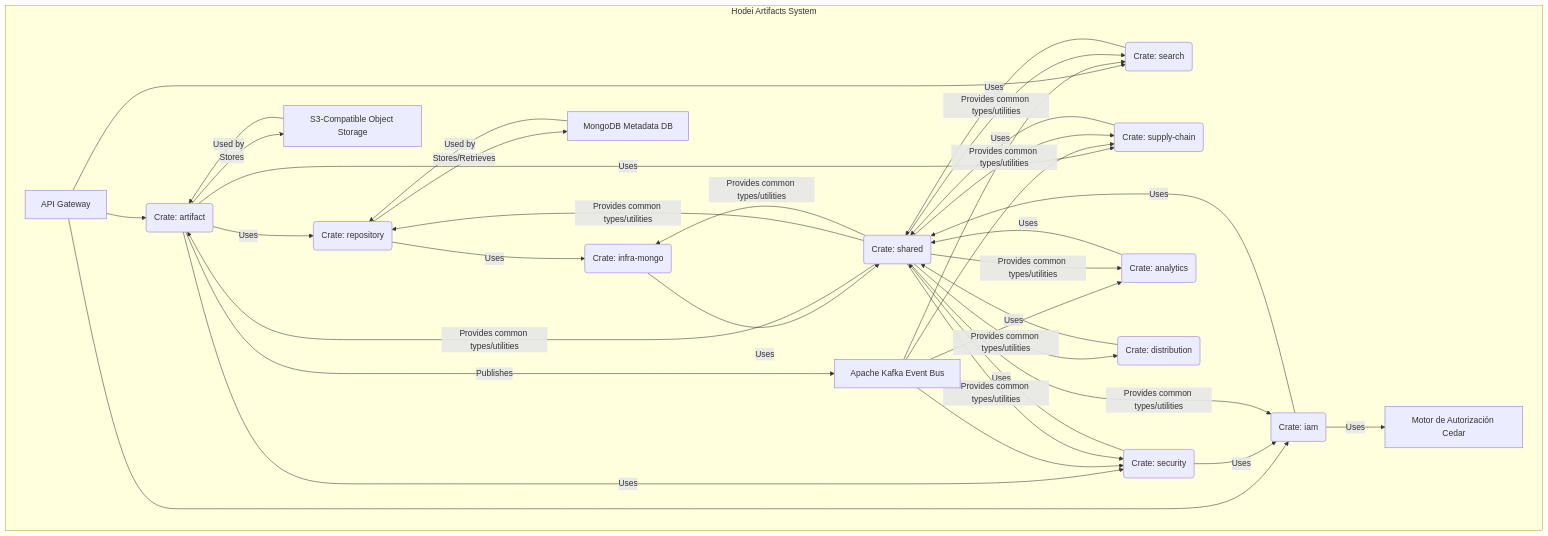
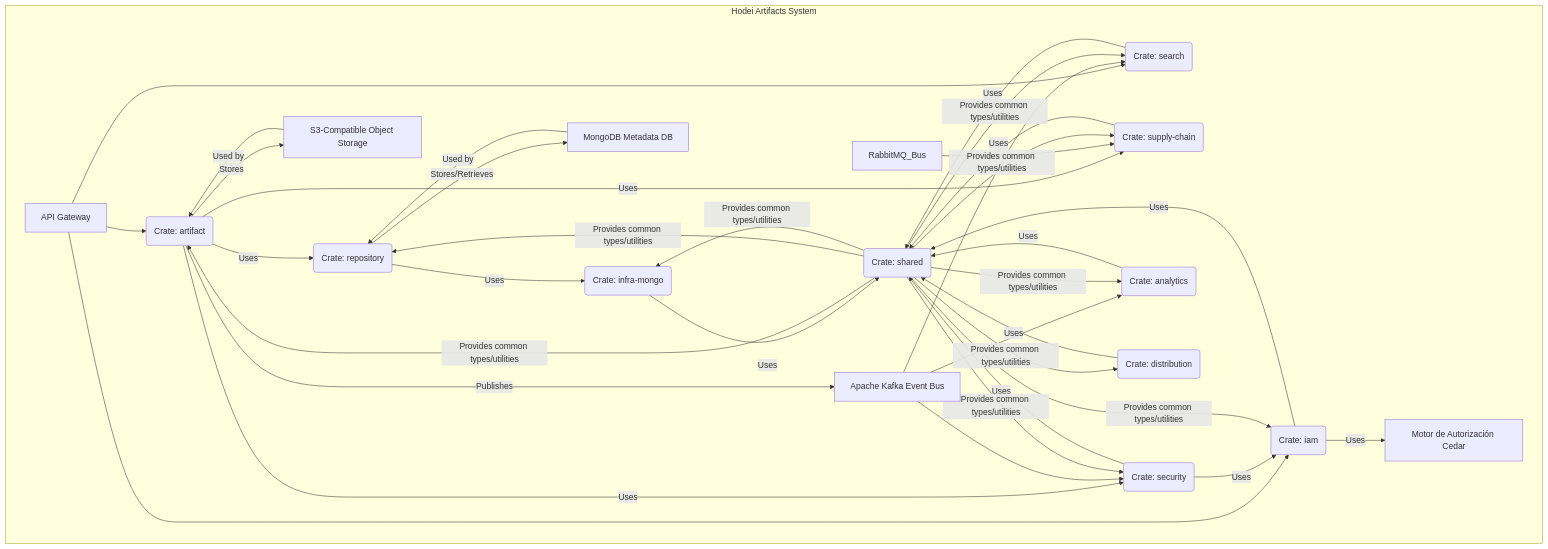
Before and after one commit to Rubentxu/hodei-artifacts: the second of 8 diagrams in docs/architecture.md, drawn with Mermaid. The commit also changed other lines of this file and 431 other files, not shown here.

````diff
--- a/docs/architecture.md
+++ b/docs/architecture.md
@@ -347,61 +347,61 @@
 ```mermaid
 graph TD
     subgraph Hodei Artifacts System
         direction LR
 
         API_Gateway[API Gateway]
         Artifact_Crate(Crate: artifact)
         Repository_Crate(Crate: repository)
         SupplyChain_Crate(Crate: supply-chain)
         Search_Crate(Crate: search)
         Security_Crate(Crate: security)
         IAM_Crate(Crate: iam)
         Analytics_Crate(Crate: analytics)
         Distribution_Crate(Crate: distribution)
         Shared_Crate(Crate: shared)
         InfraMongo_Crate(Crate: infra-mongo)
 
         API_Gateway --> Artifact_Crate
         API_Gateway --> Search_Crate
         API_Gateway --> IAM_Crate
 
         Artifact_Crate -- Uses --> Repository_Crate
         Artifact_Crate -- Publishes --> Kafka_Bus[Apache Kafka Event Bus]
         Artifact_Crate -- Uses --> SupplyChain_Crate
         Artifact_Crate -- Uses --> Security_Crate
         Artifact_Crate -- Stores --> Object_Storage[S3-Compatible Object Storage]
 
         Repository_Crate -- Uses --> InfraMongo_Crate
         Repository_Crate -- Stores/Retrieves --> MongoDB[MongoDB Metadata DB]
 
-        Kafka_Bus --> SupplyChain_Crate
+        RabbitMQ_Bus --> SupplyChain_Crate
         Kafka_Bus --> Search_Crate
         Kafka_Bus --> Security_Crate
         Kafka_Bus --> Analytics_Crate
 
         SupplyChain_Crate -- Uses --> Shared_Crate
         Search_Crate -- Uses --> Shared_Crate
         Security_Crate -- Uses --> Shared_Crate
         IAM_Crate -- Uses --> Shared_Crate
         Analytics_Crate -- Uses --> Shared_Crate
         Distribution_Crate -- Uses --> Shared_Crate
         InfraMongo_Crate -- Uses --> Shared_Crate
 
         IAM_Crate -- Uses --> Cedar[Motor de Autorización Cedar]
 
         Security_Crate -- Uses --> IAM_Crate
 
         Object_Storage -- Used by --> Artifact_Crate
         MongoDB -- Used by --> Repository_Crate
 
         Shared_Crate -- Provides common types/utilities --> Artifact_Crate
         Shared_Crate -- Provides common types/utilities --> Repository_Crate
         Shared_Crate -- Provides common types/utilities --> SupplyChain_Crate
         Shared_Crate -- Provides common types/utilities --> Search_Crate
         Shared_Crate -- Provides common types/utilities --> Security_Crate
         Shared_Crate -- Provides common types/utilities --> IAM_Crate
         Shared_Crate -- Provides common types/utilities --> Analytics_Crate
         Shared_Crate -- Provides common types/utilities --> Distribution_Crate
         Shared_Crate -- Provides common types/utilities --> InfraMongo_Crate
     end
 ```
````
